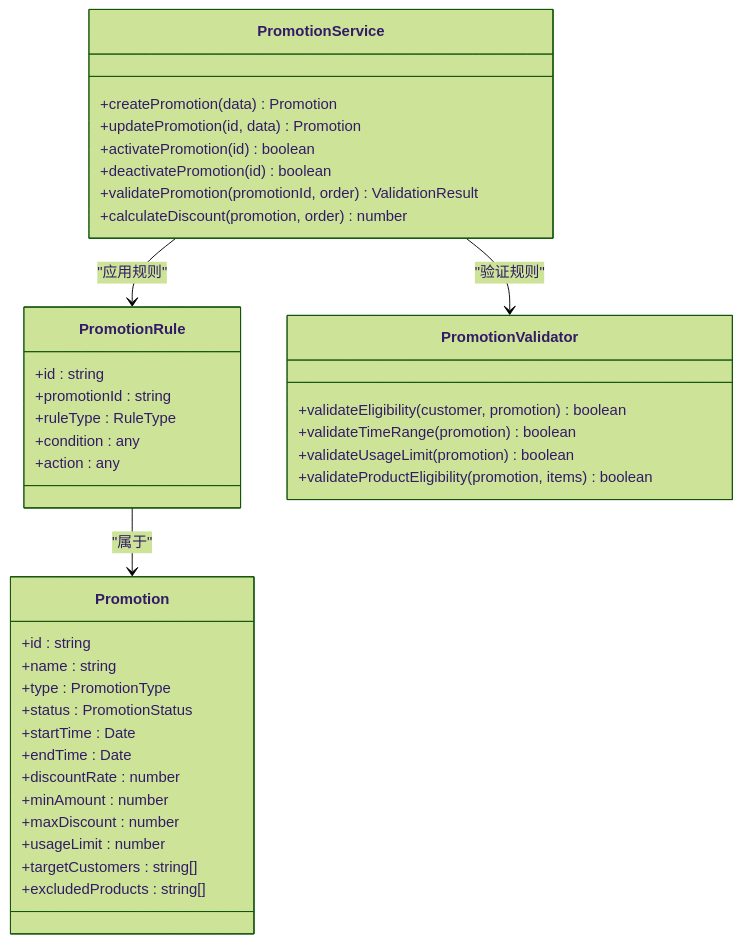
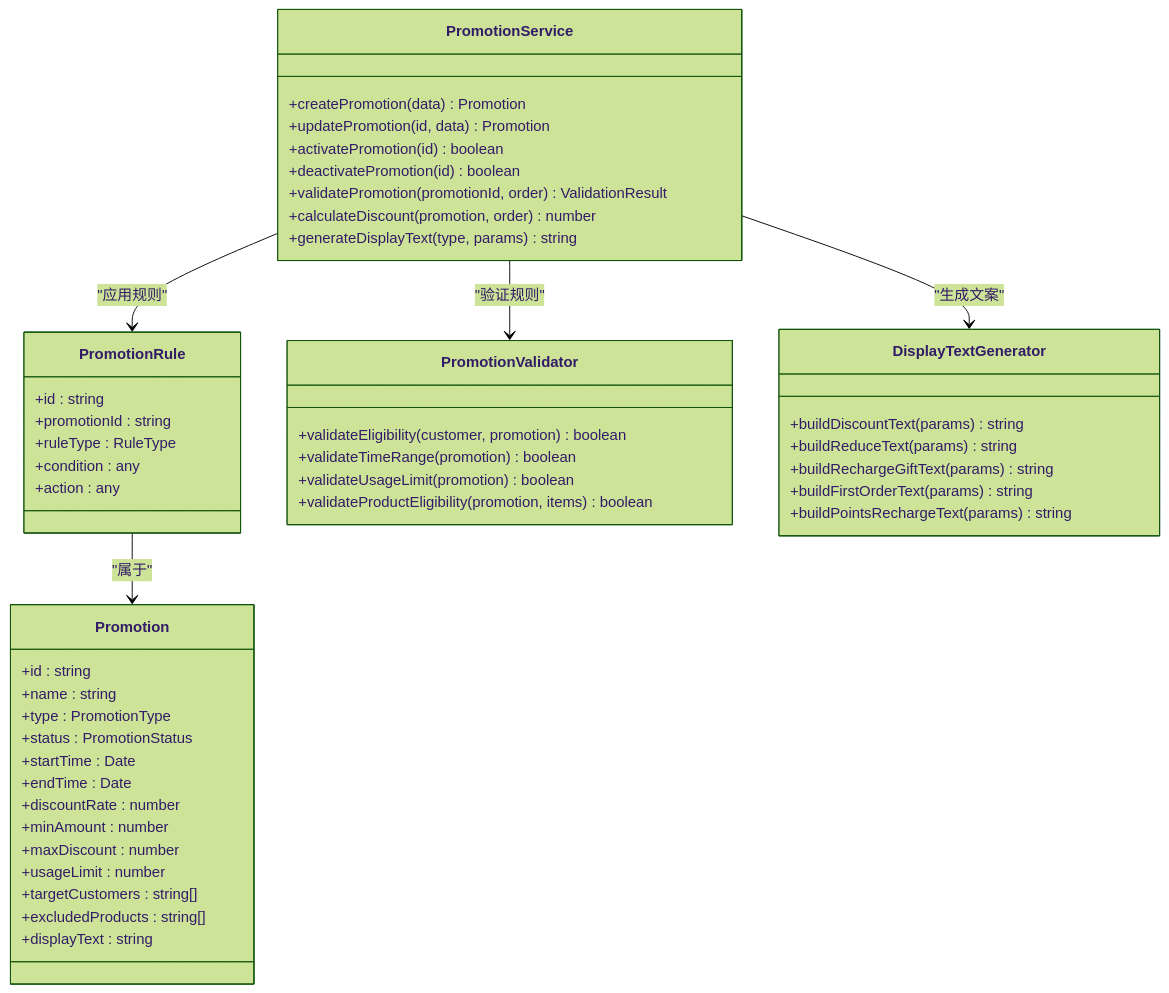
One commit to rc558620/purelyprofit-server changed the fifth of 38 diagrams in .qoder/repowiki/zh/content/业务模块/营销推广模块/营销推广模块.md. Above: the diagram before and after it, drawn with Mermaid (forest theme). The commit also changed other lines of this file and 25 other files, not shown here.

````diff
--- a/.qoder/repowiki/zh/content/业务模块/营销推广模块/营销推广模块.md
+++ b/.qoder/repowiki/zh/content/业务模块/营销推广模块/营销推广模块.md
@@ -390,41 +336,51 @@
 ```mermaid
 classDiagram
 class Promotion {
 +id : string
 +name : string
 +type : PromotionType
 +status : PromotionStatus
 +startTime : Date
 +endTime : Date
 +discountRate : number
 +minAmount : number
 +maxDiscount : number
 +usageLimit : number
 +targetCustomers : string[]
 +excludedProducts : string[]
++displayText : string
 }
 class PromotionRule {
 +id : string
 +promotionId : string
 +ruleType : RuleType
 +condition : any
 +action : any
 }
 class PromotionService {
 +createPromotion(data) Promotion
 +updatePromotion(id, data) Promotion
 +activatePromotion(id) boolean
 +deactivatePromotion(id) boolean
 +validatePromotion(promotionId, order) ValidationResult
 +calculateDiscount(promotion, order) number
++generateDisplayText(type, params) string
 }
 class PromotionValidator {
 +validateEligibility(customer, promotion) boolean
 +validateTimeRange(promotion) boolean
 +validateUsageLimit(promotion) boolean
 +validateProductEligibility(promotion, items) boolean
 }
+class DisplayTextGenerator {
++buildDiscountText(params) string
++buildReduceText(params) string
++buildRechargeGiftText(params) string
++buildFirstOrderText(params) string
++buildPointsRechargeText(params) string
+}
 PromotionService --> PromotionRule : "应用规则"
 PromotionService --> PromotionValidator : "验证规则"
+PromotionService --> DisplayTextGenerator : "生成文案"
 PromotionRule --> Promotion : "属于"
 ```
````
